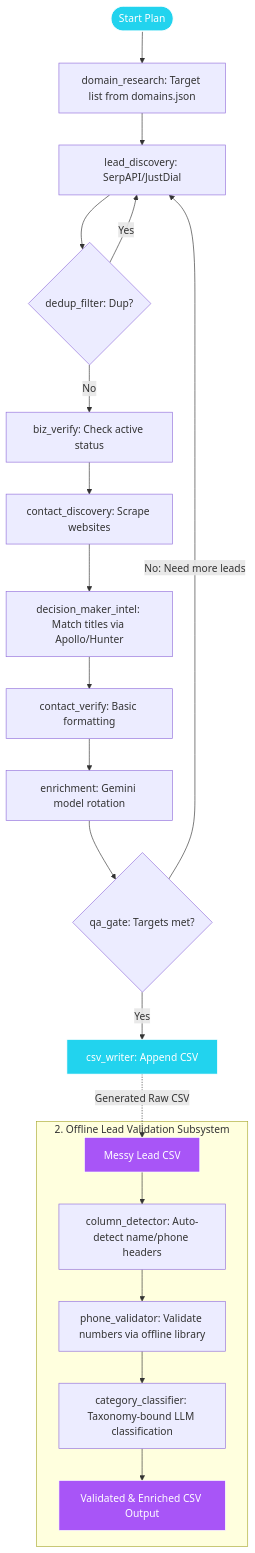
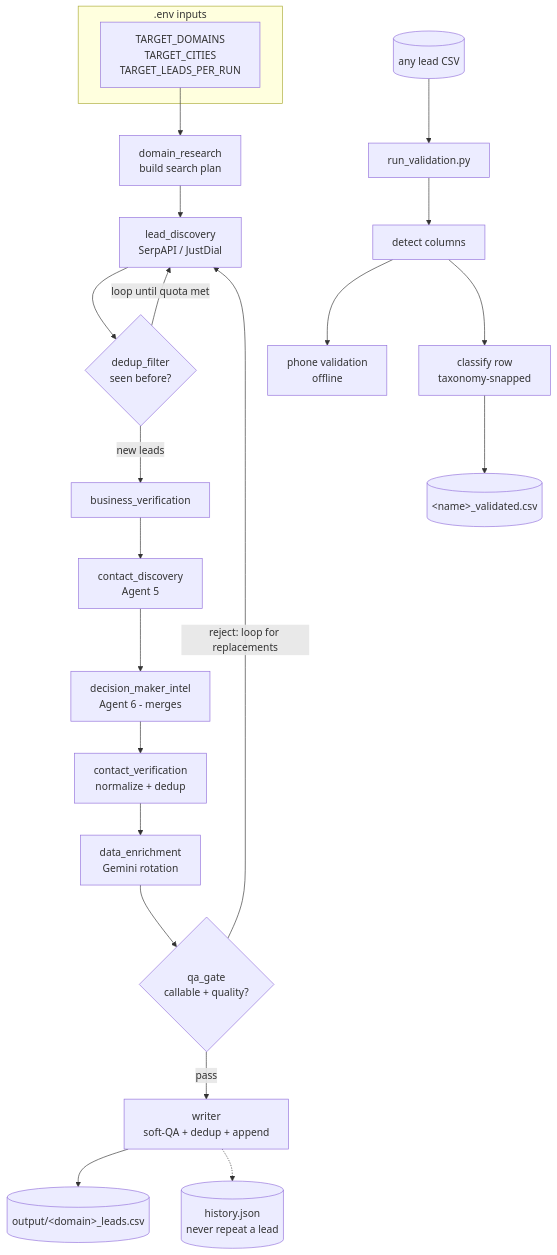
The diagram in lead_management_system/scrape_and_validate_kit/README.md (ayushX15/lead_management_system), drawn with Mermaid before and after one commit. The commit also changed other lines of this file and 3 other files, not shown here.

````diff
--- a/lead_management_system/scrape_and_validate_kit/README.md
+++ b/lead_management_system/scrape_and_validate_kit/README.md
@@ -18,37 +34,26 @@
 ```mermaid
 graph TD
-    %% Row 1: Plan & Discover
-    Start([Start Plan]) --> Research[domain_research: Target list from domains.json]
-    Research --> Discovery[lead_discovery: SerpAPI/JustDial]
-    Discovery --> Dedup{dedup_filter: Dup?}
-    
-    Dedup -->|Yes| Discovery
-    Dedup -->|No| Verify[biz_verify: Check active status]
+    subgraph INPUT[".env inputs"]
+      IN["TARGET_DOMAINS<br/>TARGET_CITIES<br/>TARGET_LEADS_PER_RUN"]
+    end
+    IN --> DR[domain_research<br/>build search plan]
+    DR --> LD[lead_discovery<br/>SerpAPI / JustDial]
+    LD --> DF{dedup_filter<br/>seen before?}
+    DF -->|loop until quota met| LD
+    DF -->|new leads| BV[business_verification]
+    BV --> CD[contact_discovery<br/>Agent 5]
+    CD --> DMI[decision_maker_intel<br/>Agent 6 - merges]
+    DMI --> CV[contact_verification<br/>normalize + dedup]
+    CV --> EN[data_enrichment<br/>Gemini rotation]
+    EN --> QA{qa_gate<br/>callable + quality?}
+    QA -->|reject: loop for replacements| LD
+    QA -->|pass| WR[writer<br/>soft-QA + dedup + append]
+    WR --> CSV[("output/&lt;domain&gt;_leads.csv")]
+    WR -.-> HIST[("history.json<br/>never repeat a lead")]
 
-    %% Row 2: Scraping & Intelligence
-    Verify --> Contacts[contact_discovery: Scrape websites]
-    Contacts --> Intel[decision_maker_intel: Match titles via Apollo/Hunter]
-    Intel --> PhoneVal[contact_verify: Basic formatting]
-    PhoneVal --> Enrich[enrichment: Gemini model rotation]
-
-    %% Row 3: QA Gate & Save
-    Enrich --> QAGate{qa_gate: Targets met?}
-    QAGate -->|No: Need more leads| Discovery
-    QAGate -->|Yes| Writer[csv_writer: Append CSV]
-
-    %% Connection to validation
-    Writer -.->|Generated Raw CSV| RawCSV[Messy Lead CSV]
-    
-    subgraph Lead_Val_System ["2. Offline Lead Validation Subsystem"]
-        RawCSV --> Detector[column_detector: Auto-detect name/phone headers]
-        Detector --> OfflinePhone[phone_validator: Validate numbers via offline library]
-        OfflinePhone --> Classifier[category_classifier: Taxonomy-bound LLM classification]
-        Classifier --> CleanCSV[Validated & Enriched CSV Output]
-    end
-
-    %% Styles
-    style Start fill:#22d3ee,stroke:#fff,stroke-width:1px,color:#fff
-    style Writer fill:#22d3ee,stroke:#fff,stroke-width:1px,color:#fff
-    style RawCSV fill:#a855f7,stroke:#fff,stroke-width:1px,color:#fff
-    style CleanCSV fill:#a855f7,stroke:#fff,stroke-width:1px,color:#fff
+    RAW[("any lead CSV")] --> VAL[run_validation.py]
+    VAL --> COL[detect columns]
+    COL --> PH[phone validation<br/>offline]
+    COL --> CL[classify row<br/>taxonomy-snapped]
+    CL --> VOUT[("&lt;name&gt;_validated.csv")]
 ```
````
